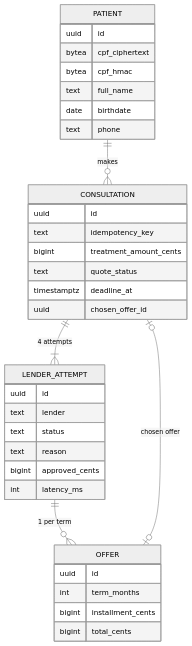
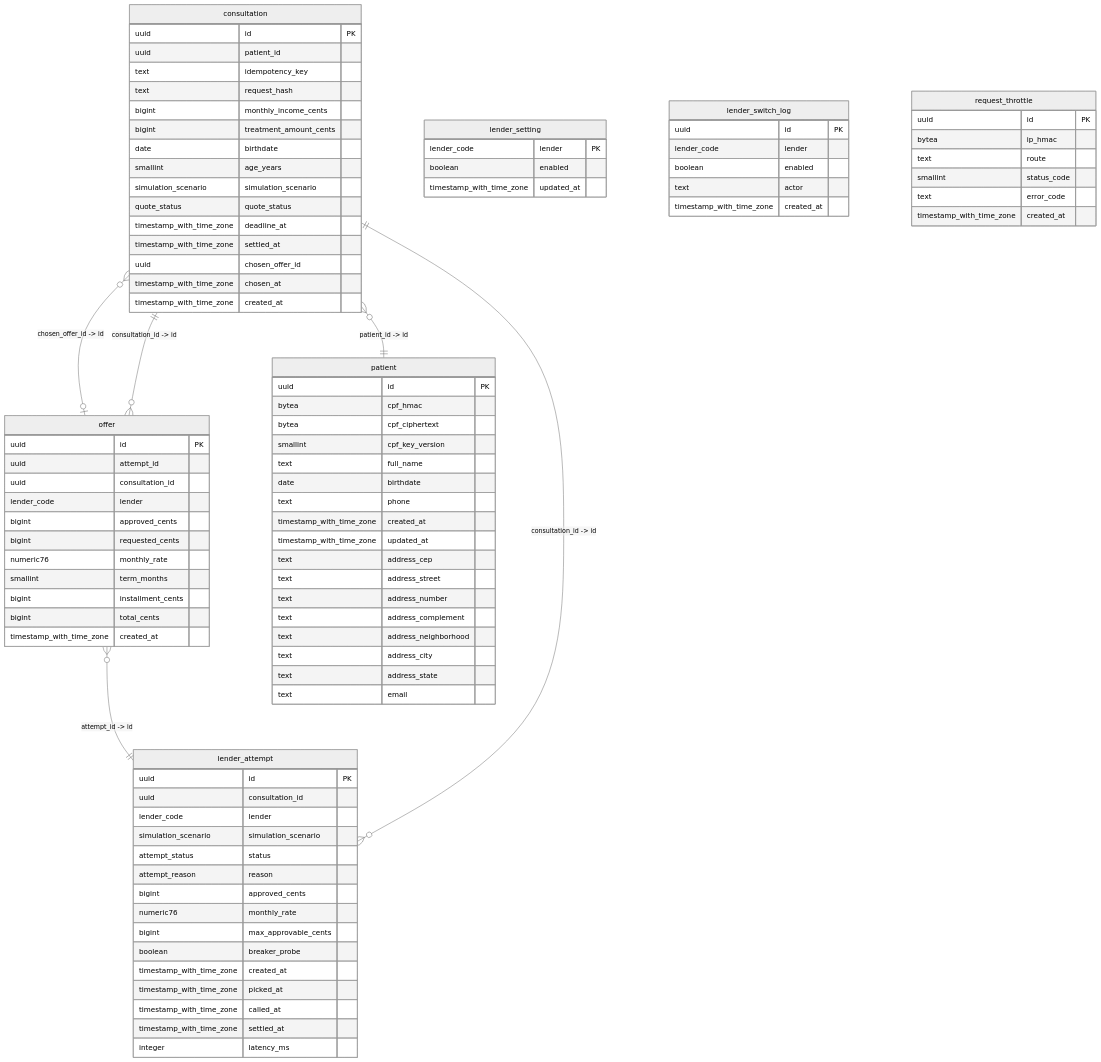
One commit to micaelcf/parcela-mais-case changed the third of 6 diagrams in README.en.md. Above: the diagram before and after it, drawn with Mermaid (neutral theme). The commit also changed other lines of this file and 1 other file, not shown here.

Commit message:
:memo: docs(readme): full ER diagram from the live schema

````diff
--- a/README.en.md
+++ b/README.en.md
@@ -88,37 +88,94 @@
 ```mermaid
 erDiagram
-    PATIENT ||--o{ CONSULTATION : "makes"
-    CONSULTATION ||--|{ LENDER_ATTEMPT : "4 attempts"
-    LENDER_ATTEMPT ||--o{ OFFER : "1 per term"
-    CONSULTATION |o--o| OFFER : "chosen offer"
-    PATIENT {
-        uuid id
-        bytea cpf_ciphertext
-        bytea cpf_hmac
-        text full_name
-        date birthdate
-        text phone
-    }
-    CONSULTATION {
-        uuid id
-        text idempotency_key
-        bigint treatment_amount_cents
-        text quote_status
-        timestamptz deadline_at
-        uuid chosen_offer_id
-    }
-    LENDER_ATTEMPT {
-        uuid id
-        text lender
-        text status
-        text reason
-        bigint approved_cents
-        int latency_ms
-    }
-    OFFER {
-        uuid id
-        int term_months
-        bigint installment_cents
-        bigint total_cents
-    }
+  consultation {
+    uuid id PK
+    uuid patient_id
+    text idempotency_key
+    text request_hash
+    bigint monthly_income_cents
+    bigint treatment_amount_cents
+    date birthdate
+    smallint age_years
+    simulation_scenario simulation_scenario
+    quote_status quote_status
+    timestamp_with_time_zone deadline_at
+    timestamp_with_time_zone settled_at
+    uuid chosen_offer_id
+    timestamp_with_time_zone chosen_at
+    timestamp_with_time_zone created_at
+  }
+  lender_attempt {
+    uuid id PK
+    uuid consultation_id
+    lender_code lender
+    simulation_scenario simulation_scenario
+    attempt_status status
+    attempt_reason reason
+    bigint approved_cents
+    numeric76 monthly_rate
+    bigint max_approvable_cents
+    boolean breaker_probe
+    timestamp_with_time_zone created_at
+    timestamp_with_time_zone picked_at
+    timestamp_with_time_zone called_at
+    timestamp_with_time_zone settled_at
+    integer latency_ms
+  }
+  lender_setting {
+    lender_code lender PK
+    boolean enabled
+    timestamp_with_time_zone updated_at
+  }
+  lender_switch_log {
+    uuid id PK
+    lender_code lender
+    boolean enabled
+    text actor
+    timestamp_with_time_zone created_at
+  }
+  offer {
+    uuid id PK
+    uuid attempt_id
+    uuid consultation_id
+    lender_code lender
+    bigint approved_cents
+    bigint requested_cents
+    numeric76 monthly_rate
+    smallint term_months
+    bigint installment_cents
+    bigint total_cents
+    timestamp_with_time_zone created_at
+  }
+  patient {
+    uuid id PK
+    bytea cpf_hmac
+    bytea cpf_ciphertext
+    smallint cpf_key_version
+    text full_name
+    date birthdate
+    text phone
+    timestamp_with_time_zone created_at
+    timestamp_with_time_zone updated_at
+    text address_cep
+    text address_street
+    text address_number
+    text address_complement
+    text address_neighborhood
+    text address_city
+    text address_state
+    text email
+  }
+  request_throttle {
+    uuid id PK
+    bytea ip_hmac
+    text route
+    smallint status_code
+    text error_code
+    timestamp_with_time_zone created_at
+  }
+  consultation }o--o| offer : "chosen_offer_id -> id"
+  consultation }o--|| patient : "patient_id -> id"
+  lender_attempt }o--|| consultation : "consultation_id -> id"
+  offer }o--|| lender_attempt : "attempt_id -> id"
+  offer }o--|| consultation : "consultation_id -> id"
 ```
````
